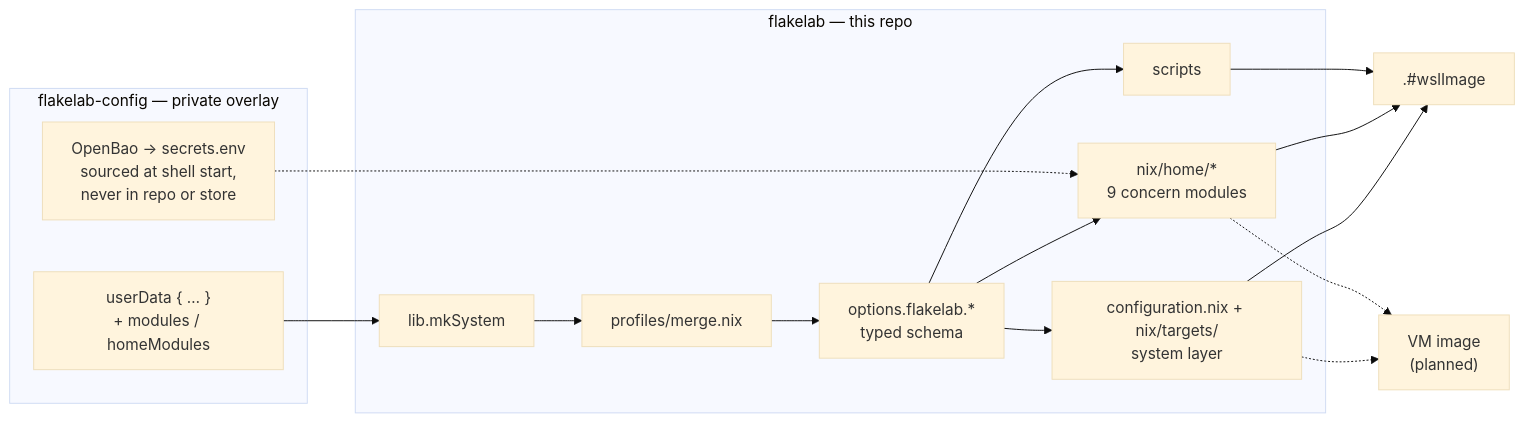
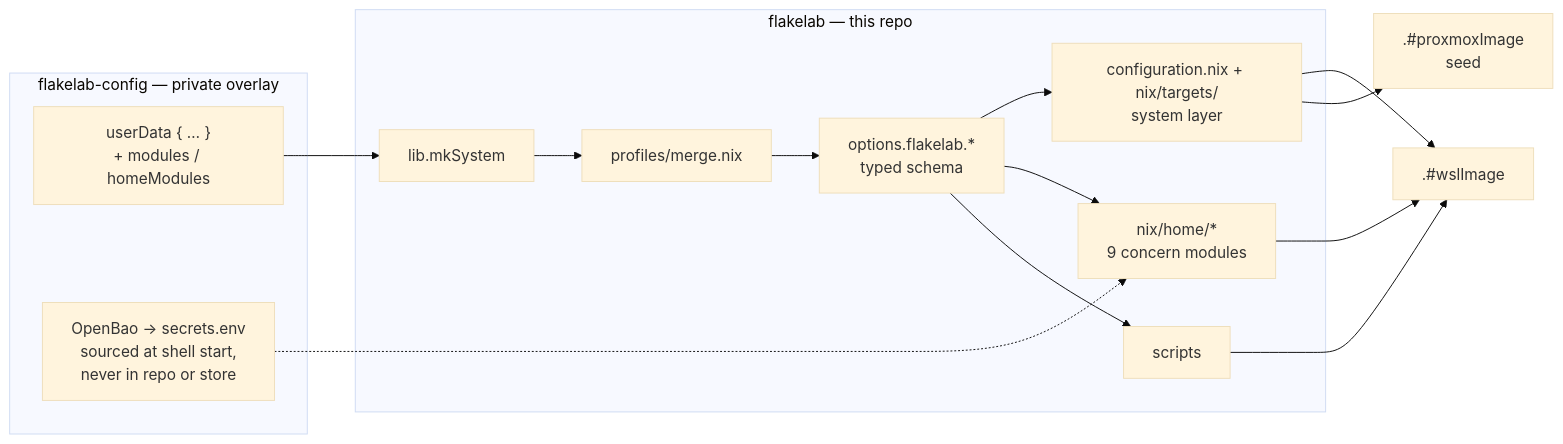
The diagram in README.md (tyclab/flakelab), drawn with Mermaid (base theme) before and after one commit. The commit also changed other lines of this file and 9 other files, not shown here.

````diff
--- a/README.md
+++ b/README.md
@@ -37,21 +40,20 @@
 ```mermaid
 flowchart LR
     subgraph priv["flakelab-config — private overlay"]
         UD["userData { … }<br/>+ modules / homeModules"]
         SEC["OpenBao → secrets.env<br/>sourced at shell start,<br/>never in repo or store"]
     end
     subgraph pub["flakelab — this repo"]
         MK["lib.mkSystem"] --> PROF["profiles/merge.nix"]
         PROF --> OPT["options.flakelab.*<br/>typed schema"]
         OPT --> SYS["configuration.nix + nix/targets/<br/>system layer"]
         OPT --> HOME["nix/home/*<br/>9 concern modules"]
         OPT --> SCR["scripts"]
     end
     UD --> MK
     SEC -.-> HOME
     SYS --> IMG[".#wslImage"]
     HOME --> IMG
     SCR --> IMG
-    SYS -.-> VM["VM image<br/>(planned)"]
-    HOME -.-> VM
+    SYS --> VMIMG[".#proxmoxImage<br/>seed"]
 ```
````
